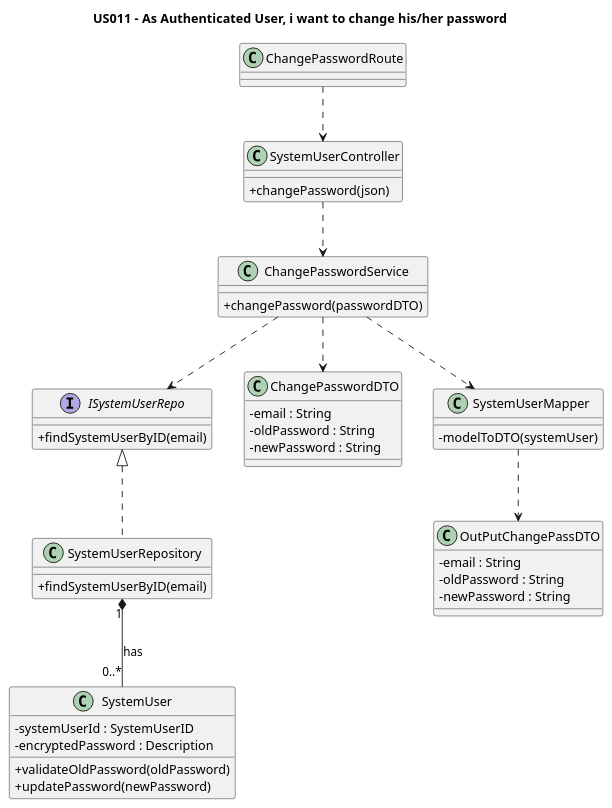
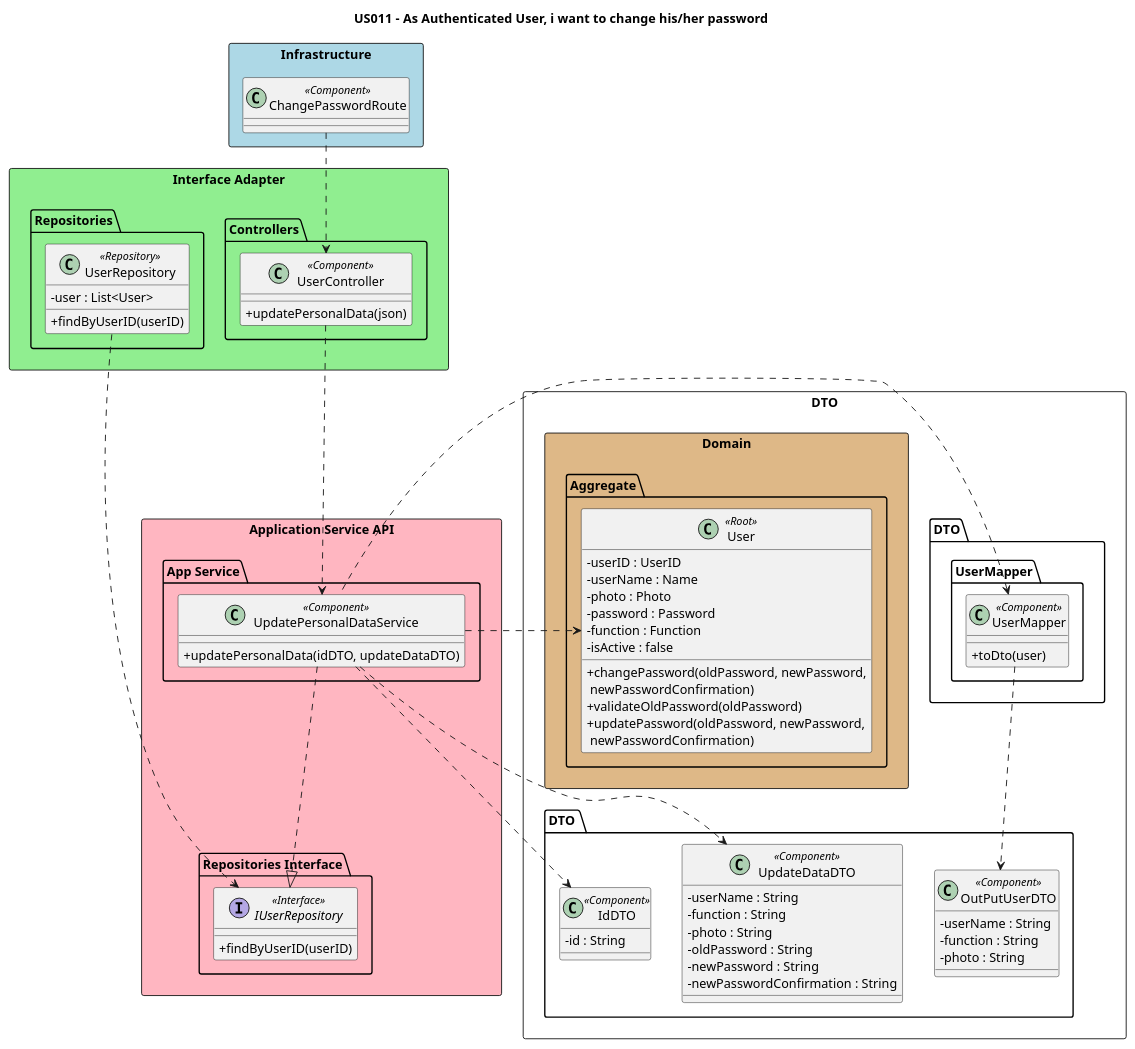
Before and after one commit to nunogon1211787/projectManagement: the diagram in docs/Sprint1/US011/US011RE-CD.puml, drawn with PlantUML. The commit also changed 15 other files, not shown here.

```diff
--- a/docs/Sprint1/US011/US011RE-CD.puml
+++ b/docs/Sprint1/US011/US011RE-CD.puml
@@ -1,66 +1,90 @@
 @startuml
-'https://plantuml.com/class-diagram
-
-'hide circle
+'https://plantuml.com/class-diagram'hide circle
 skinparam classAttributeIconSize 0
 
 title US011 - As Authenticated User, i want to change his/her password
 
+skinparam classAttributeIconSize 0
 
-class "ChangePasswordRoute" as route {
+package "Infrastructure" <<Rectangle>> #lightblue  {
+class "ChangePasswordRoute" as route << Component >>
 }
 
-class "SystemUserController" as ctrl {
-+changePassword(json)
+package "Interface Adapter" <<Rectangle>> #lightgreen {
+package "Controllers" <<Folder>>{
+class "UserController" as controller << Component >> {
++updatePersonalData(json)
+}
+}
+package "Repositories" <<Folder>>{
+class "UserRepository" as repository << Repository >> {
+-user : List<User>
++ findByUserID(userID)
+}
+}
+}
+package "Application Service API" <<Rectangle>> #lightpink{
+package "App Service" <<Folder>>{
+class "UpdatePersonalDataService" as service << Component >> {
++updatePersonalData(idDTO, updateDataDTO)
+}
+}
+package "Repositories Interface" <<Folder>>{
+interface "IUserRepository" as interfaceSystemUserRepo << Interface >>{
++ findByUserID(userID)
+}
+}
+}
+package "DTO" <<Rectangle>> {
+package "DTO " <<Folder>>{
+class "UpdateDataDTO" as dto << Component >> {
+- userName : String
+- function : String
+- photo : String
+- oldPassword : String
+- newPassword : String
+- newPasswordConfirmation : String
+}
+class "OutPutUserDTO" as outputUserDTO << Component >> {
+- userName : String
+- function : String
+- photo : String
+}
+class "IdDTO" as idDTO << Component >> {
+- id : String
+}
+}
+package "DTO" <<Folder>> {
+package "UserMapper" <<Folder>>{
+class "UserMapper" as mapper << Component >> {
++ toDto(user)
+}
+}
 }
 
-class "ChangePasswordService" as service {
-+changePassword(passwordDTO)
+package "Domain" <<Rectangle>> #burlywood{
+package "Aggregate" <<Folder>>{
+class "User" as systemuser << Root >> {
+- userID : UserID
+- userName : Name
+- photo : Photo
+- password : Password
+- function : Function
+- isActive : false
++ changePassword(oldPassword, newPassword,\n newPasswordConfirmation)
++ validateOldPassword(oldPassword)
++ updatePassword(oldPassword, newPassword,\n newPasswordConfirmation)
+}
 }
 
-class "ChangePasswordDTO" as dto {
--email : String
--oldPassword : String
--newPassword : String
-}
-
-interface "ISystemUserRepo" as repo {
-+findSystemUserByID(email)
-}
-
-
-class "SystemUserRepository" as repoC {
-+findSystemUserByID(email)
-}
-
-
-
-class "SystemUser"  as user {
-- systemUserId : SystemUserID
-- encryptedPassword : Description
-+validateOldPassword(oldPassword)
-+updatePassword(newPassword)
-}
-
-
-class "SystemUserMapper" as mapper {
--modelToDTO(systemUser)
-}
-
-class "OutPutChangePassDTO" as outdto {
--email : String
--oldPassword : String
--newPassword : String
-}
-
-route ..> ctrl
-ctrl..>service
-service..>repo
-repoC ..up|>repo
-repoC  "1" *-- "0..*" user : has
-service..>dto
-service..>mapper
-mapper..>outdto
-
+route ..> controller
+controller ..> service
+service .right.> dto
+service ..> idDTO
+service ..|> interfaceSystemUserRepo
+repository ..> interfaceSystemUserRepo
+service .down.> systemuser
+service .left.> mapper
+mapper ..> outputUserDTO
 
 @enduml
```
